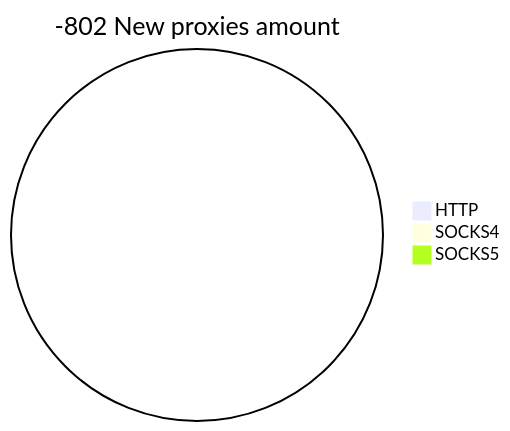
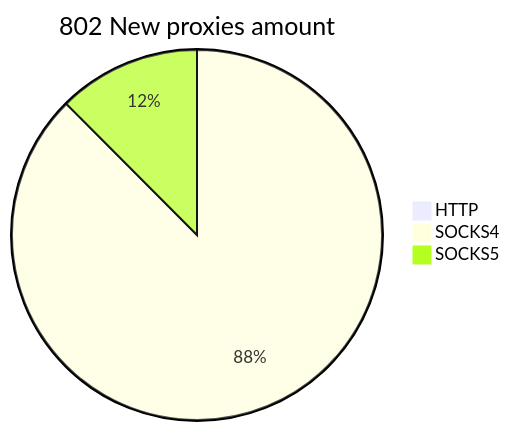
Before and after one commit to cutipu/proxylist: the second of 2 diagrams in README.md, drawn with Mermaid. The commit also changed other lines of this file, not shown here.

````diff
--- a/README.md
+++ b/README.md
@@ -10,6 +10,6 @@
 ```mermaid
-pie title -802 New proxies amount
+pie title 802 New proxies amount
     "HTTP" : 0
-    "SOCKS4" : 0
-    "SOCKS5" : 0
+    "SOCKS4" : 702
+    "SOCKS5" : 100
 ```
````
